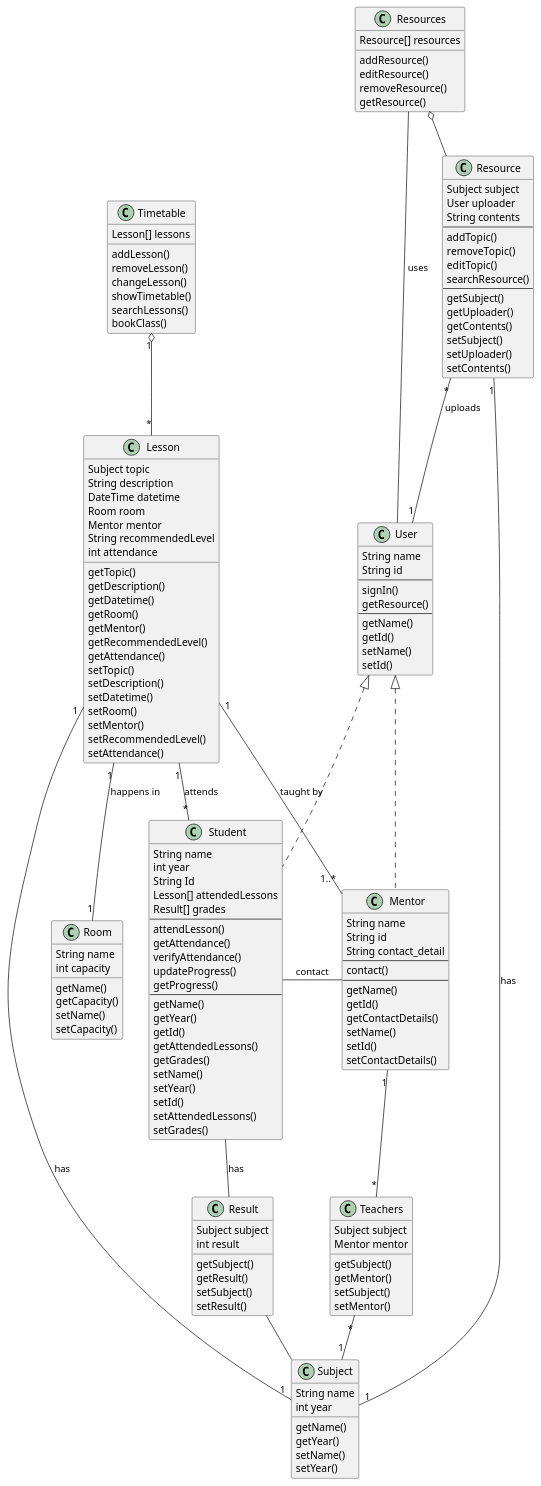
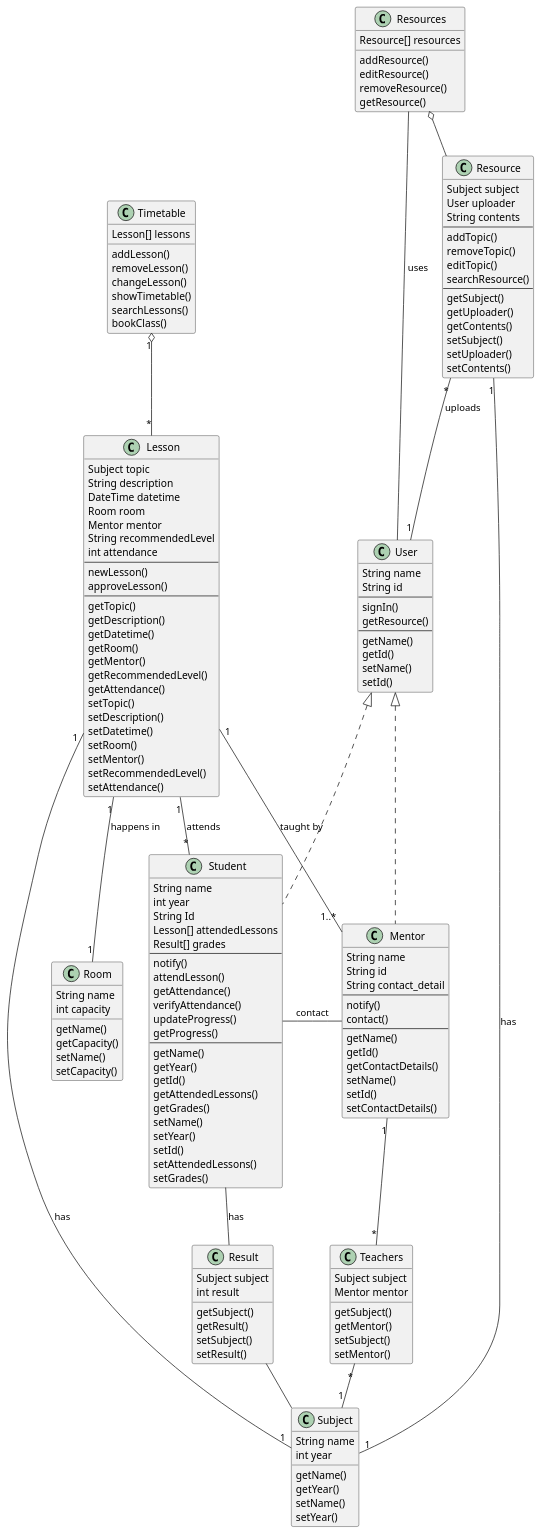
The diagram in Class Diagrams/class_diagram.pu (Gyrogaming01/asdp-project-1), drawn with PlantUML before and after one commit. The commit also changed 1 other file, not shown here.

Commit message:
update class diagram

```diff
--- a/Class Diagrams/class_diagram.pu
+++ b/Class Diagrams/class_diagram.pu
@@ -1,172 +1,178 @@
 @startuml
 
 Timetable "1" o-- "*" Lesson
 Lesson "1" -- "1" Room : happens in
 Lesson "1" -- "1..*" Mentor : taught by
 
 Mentor "1" -- "*" Teachers
 Teachers "*" -- "1" Subject
 Resource "*" -- "1" User : uploads
 User <|.. Student
 User <|.. Mentor
 Resource "1" -- "1" Subject : has
 Resources o-- Resource
 Lesson "1" -- "1" Subject : has
 Lesson "1" -- "*" Student : attends
 Resources -- User : uses
 
 class Timetable {
   Lesson[] lessons
   addLesson()
   removeLesson()
   changeLesson()
   showTimetable()
   searchLessons()
   bookClass()
 }
 
 class Lesson {
   Subject topic
   String description
   DateTime datetime
   Room room
   Mentor mentor
   String recommendedLevel
   int attendance
+  ---
+  newLesson()
+  approveLesson()
+  ---
   getTopic()
   getDescription()
   getDatetime()
   getRoom()
   getMentor()
   getRecommendedLevel()
   getAttendance()
   setTopic()
   setDescription()
   setDatetime()
   setRoom()
   setMentor()
   setRecommendedLevel()
   setAttendance()
 }
 
 class Room {
   String name
   int capacity
   getName()
   getCapacity()
   setName()
   setCapacity()
 }
 
 class Mentor {
   String name
   String id
   String contact_detail
   ---
+  notify()
   contact()
   ---
   getName()
   getId()
   getContactDetails()
   setName()
   setId()
   setContactDetails()
 }
 
 Student - Mentor : contact
 
 class Resources {
   Resource[] resources
   addResource()
   editResource()
   removeResource()
   getResource()
 }
 
 class Resource {
   Subject subject
   User uploader
   String contents
   ---
   addTopic()
   removeTopic()
   editTopic()
   searchResource()
   ---
   getSubject()
   getUploader()
   getContents()
   setSubject()
   setUploader()
   setContents()
 }
 
 class User {
   String name
   String id
   ---
   signIn()
   getResource()
   ---
   getName()
   getId()
   setName()
   setId()
 }
 
 class Student {
   String name
   int year
   String Id
   Lesson[] attendedLessons
   Result[] grades
   ---
+  notify()
   attendLesson()
   getAttendance()
   verifyAttendance()
   updateProgress()
   getProgress()
   ---
   getName()
   getYear()
   getId()
   getAttendedLessons()
   getGrades()
   setName()
   setYear()
   setId()
   setAttendedLessons()
   setGrades()
 }
 
 Student -- Result : has
 Result -- Subject
 
 class Result {
   Subject subject
   int result
   getSubject()
   getResult()
   setSubject()
   setResult()
 }
 
 class Subject {
   String name
   int year
   getName()
   getYear()
   setName()
   setYear()
 }
 
 class Teachers {
   Subject subject
   Mentor mentor
   getSubject()
   getMentor()
   setSubject()
   setMentor()
 }
 
 @enduml
```
